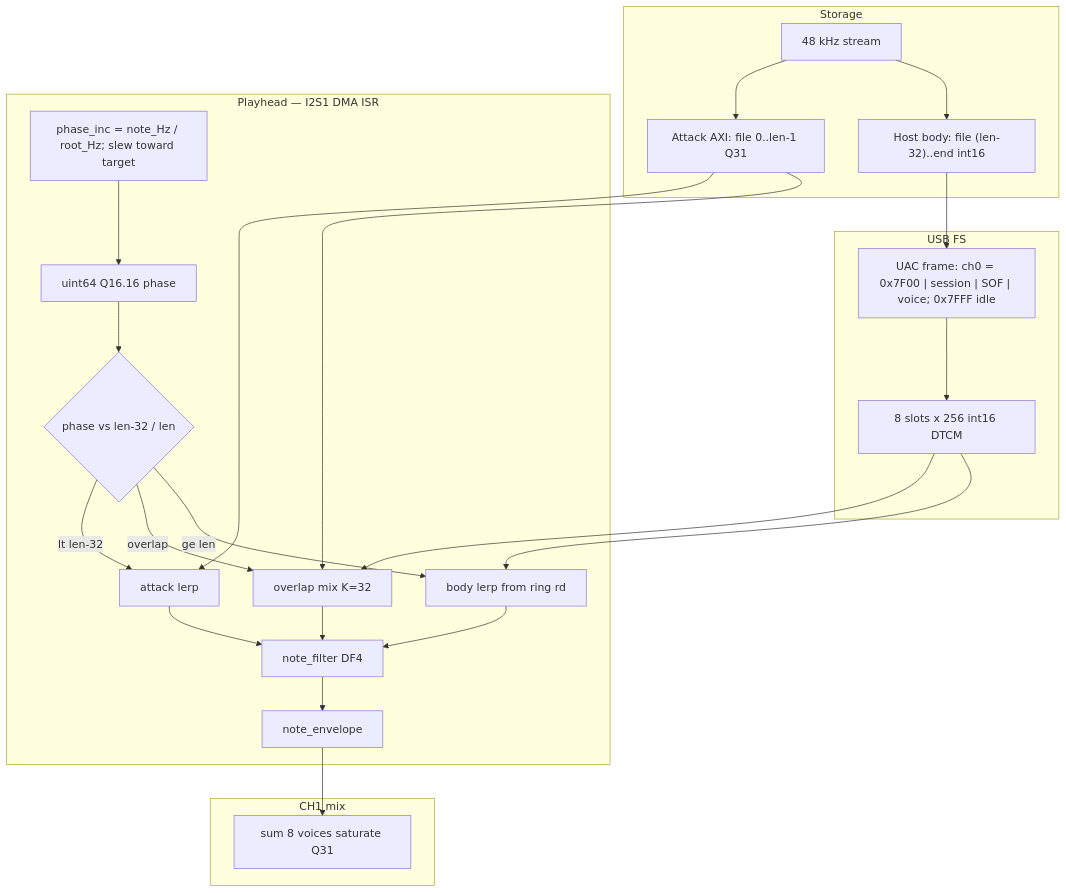
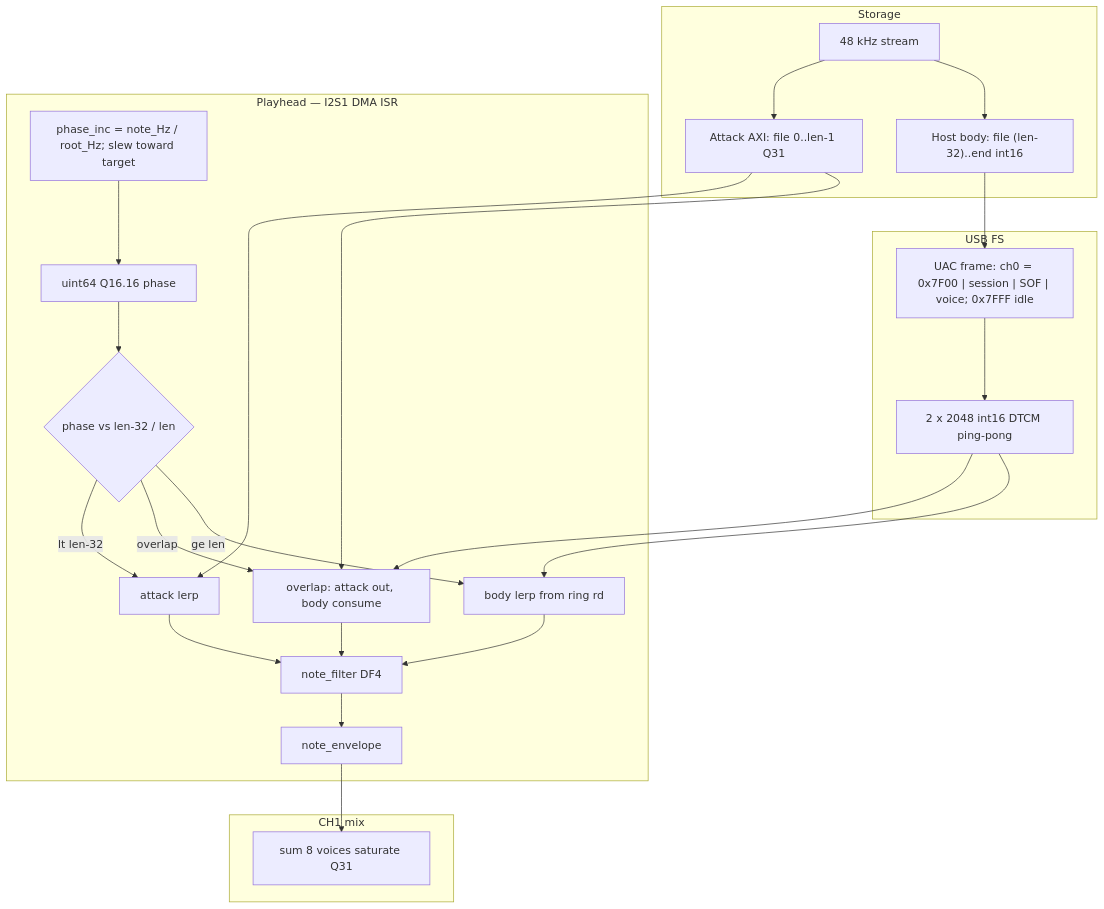
The second of 5 diagrams in channel_card/docs/diagrams/card_data_flow.md (narendrabhatt-freshwater/firmware), drawn with Mermaid before and after one commit. The commit also changed 5 other files, not shown here.

````diff
--- a/channel_card/docs/diagrams/card_data_flow.md
+++ b/channel_card/docs/diagrams/card_data_flow.md
@@ -67,45 +67,45 @@
 ```mermaid
 flowchart TB
   subgraph store [Storage]
     File["48 kHz stream"]
     Atk["Attack AXI: file 0..len-1 Q31"]
     Body["Host body: file (len-32)..end int16"]
     File --> Atk
     File --> Body
   end
 
   subgraph usb [USB FS]
     Tag["UAC frame: ch0 = 0x7F00 | session | SOF | voice; 0x7FFF idle"]
-    Slots["8 slots x 256 int16 DTCM"]
+    Slots["2 x 2048 int16 DTCM ping-pong"]
     Body --> Tag --> Slots
   end
 
   subgraph play [Playhead — I2S1 DMA ISR]
     Ph["uint64 Q16.16 phase"]
     Inc["phase_inc = note_Hz / root_Hz; slew toward target"]
     Join{"phase vs len-32 / len"}
     AtkOnly["attack lerp"]
-    Xfade["overlap mix K=32"]
+    Xfade["overlap: attack out, body consume"]
     BodyOnly["body lerp from ring rd"]
     Lpf["note_filter DF4"]
     Env["note_envelope"]
     Ph --> Join
     Inc --> Ph
     Atk --> AtkOnly
     Atk --> Xfade
     Slots --> Xfade
     Slots --> BodyOnly
     Join -->|lt len-32| AtkOnly
     Join -->|overlap| Xfade
     Join -->|ge len| BodyOnly
     AtkOnly --> Lpf
     Xfade --> Lpf
     BodyOnly --> Lpf
     Lpf --> Env
   end
 
   subgraph mix [CH1 mix]
     Sum["sum 8 voices saturate Q31"]
     Env --> Sum
   end
 ```
````
